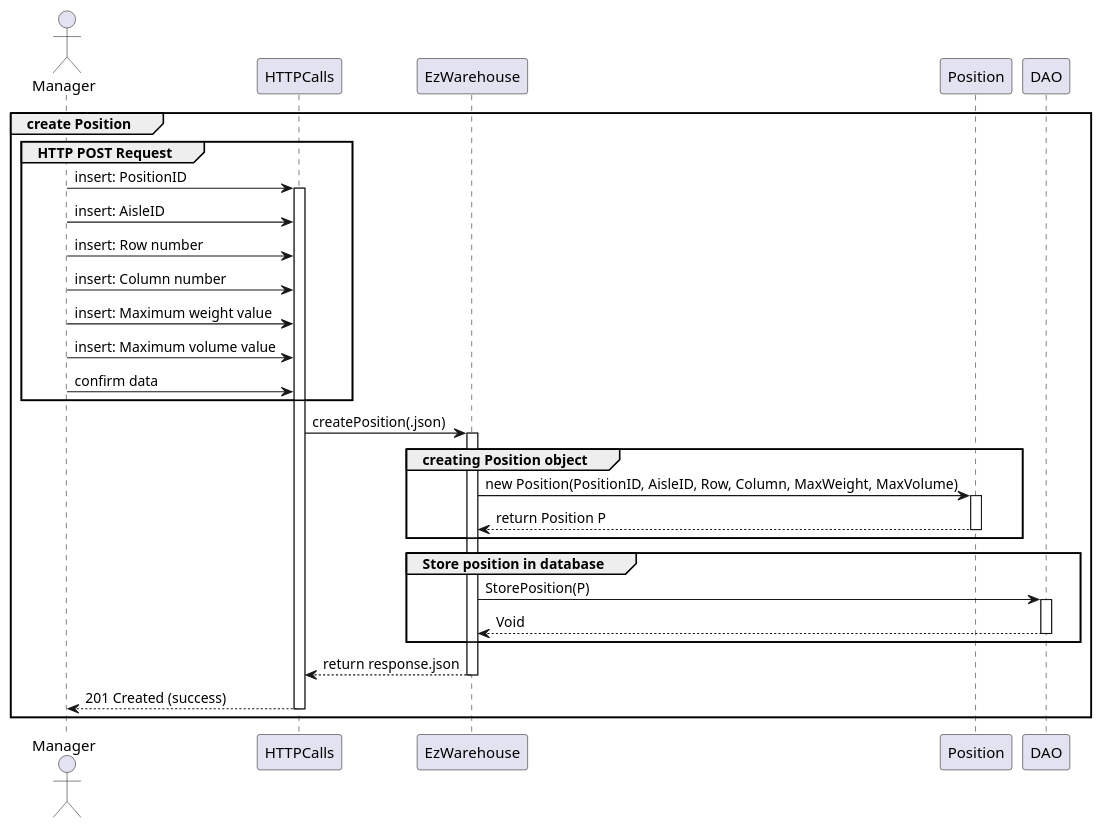
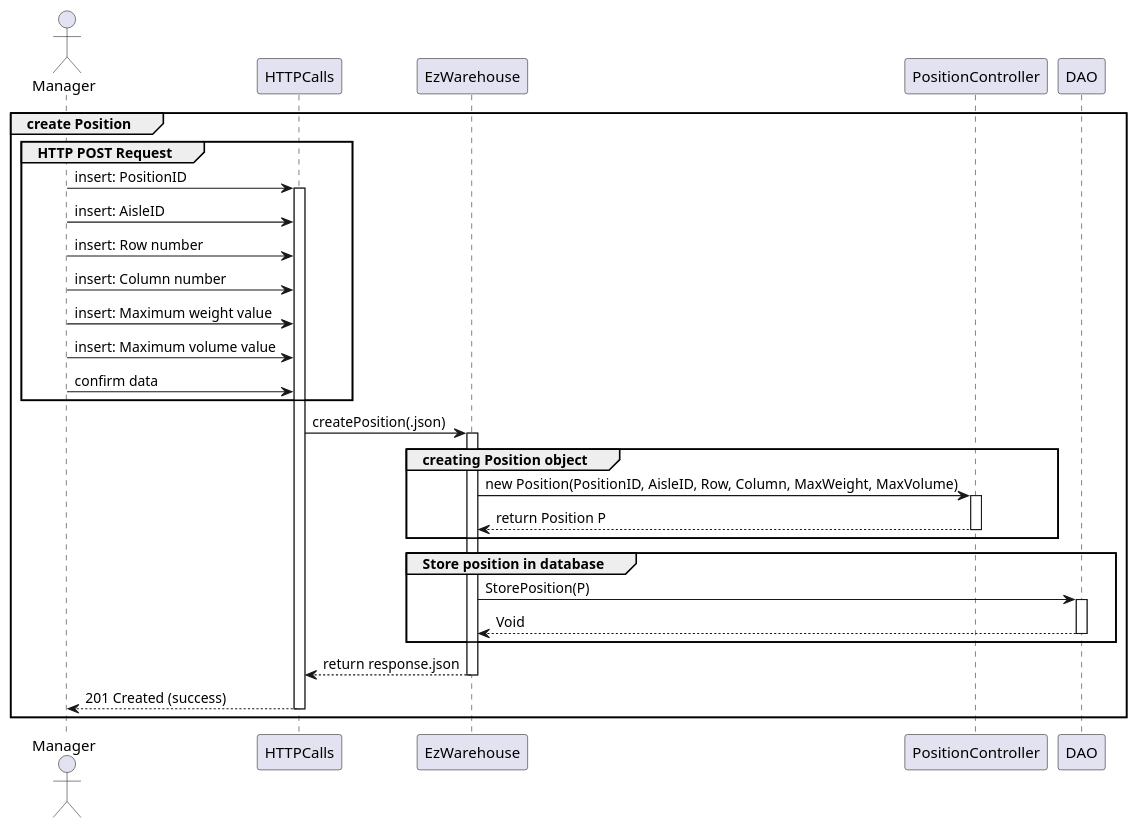
The sixth of 19 diagrams in DesignDocument.md (DavideArcolini/SoftEng_garbageCollector), drawn with PlantUML before and after one commit. The commit also changed other lines of this file and 5 other files, not shown here.

````diff
--- a/DesignDocument.md
+++ b/DesignDocument.md
@@ -407,41 +411,41 @@
 ```plantuml
 actor Manager as Manager
 participant HTTPCalls as HTTPCalls
 participant EzWarehouse as EzWarehouse
-participant Position as Position
+participant PositionController as Position
 participant DAO as DAO
 
 group create Position
 group HTTP POST Request
 Manager -> HTTPCalls: insert: PositionID
 activate HTTPCalls
 Manager -> HTTPCalls: insert: AisleID
 Manager -> HTTPCalls: insert: Row number
 Manager -> HTTPCalls: insert: Column number
 Manager -> HTTPCalls: insert: Maximum weight value
 Manager -> HTTPCalls: insert: Maximum volume value
 Manager -> HTTPCalls: confirm data
 end
 
 HTTPCalls -> EzWarehouse: createPosition(.json)
 activate EzWarehouse
 group creating Position object
 EzWarehouse -> Position: new Position(PositionID, AisleID, Row, Column, MaxWeight, MaxVolume)
 activate Position
 Position --> EzWarehouse: return Position P
 deactivate Position
 end
 
 group Store position in database
 EzWarehouse -> DAO: StorePosition(P)
 activate DAO
 DAO --> EzWarehouse: Void
 deactivate DAO
 end
 
 EzWarehouse --> HTTPCalls: return response.json
 deactivate EzWarehouse
 HTTPCalls --> Manager: 201 Created (success)
 deactivate HTTPCalls
 end
 ```
````
